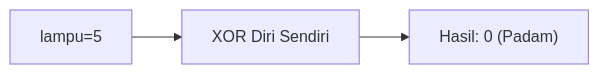
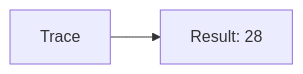
Before and after one commit to amnahwaida/OSNK_INF_PREP: the ninth of 25 diagrams in part-c-pemahaman-cpp/06-bitwise/latihan/set-08.md, drawn with Mermaid. The commit also changed other lines of this file and 71 other files, not shown here.

````diff
--- a/part-c-pemahaman-cpp/06-bitwise/latihan/set-08.md
+++ b/part-c-pemahaman-cpp/06-bitwise/latihan/set-08.md
@@ -295,5 +190,4 @@
 ```mermaid
 graph LR
-A["lampu=5"] --> B["XOR Diri Sendiri"]
-B --> C["Hasil: 0 (Padam)"]
+A[Trace] --> B[Result: 28]
 ```
````
